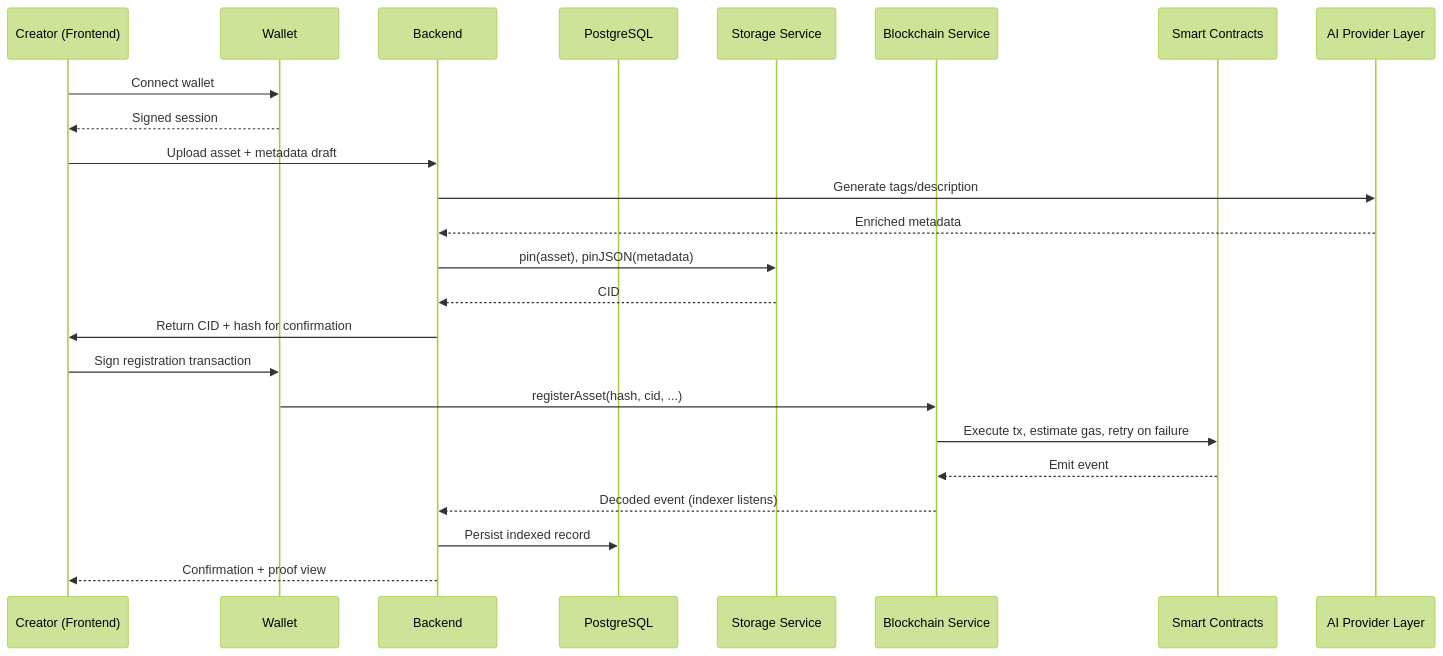
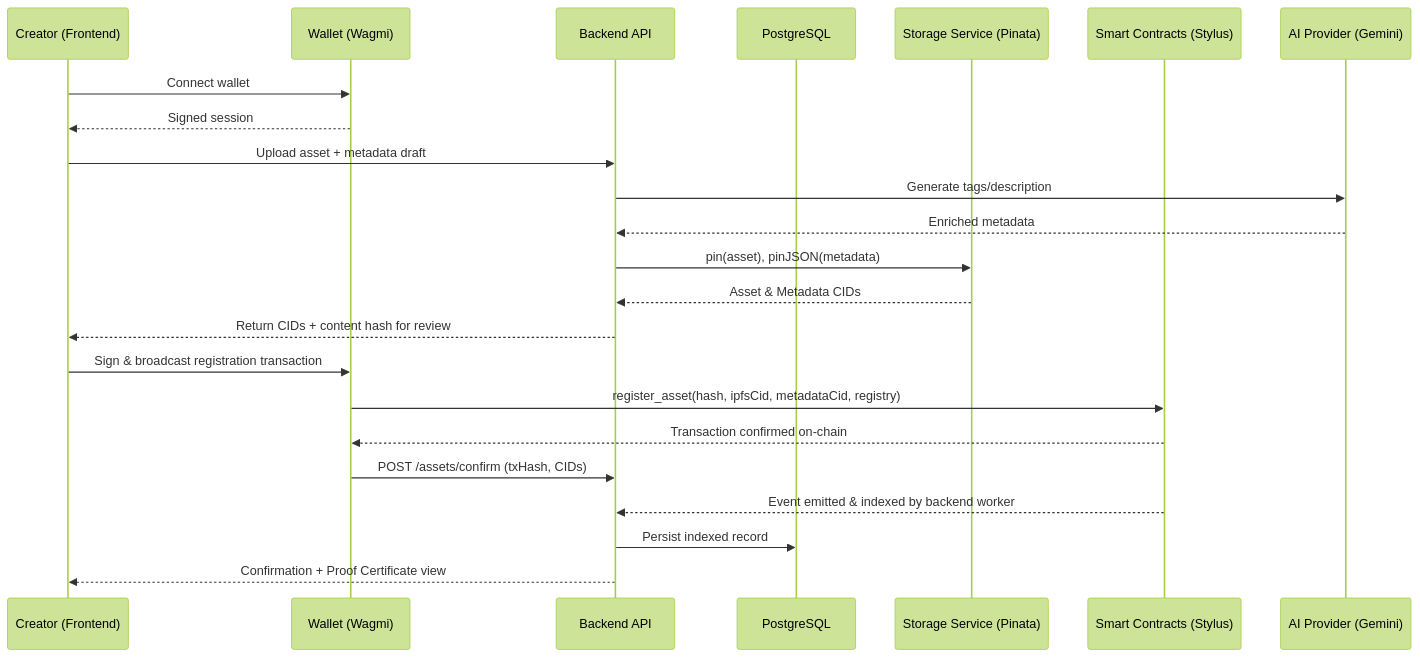
One commit to originchain-labs/originchain changed the second of 2 diagrams in docs/DEVELOPER_KICKOFF_BLUEPRINT.md. Above: the diagram before and after it, drawn with Mermaid (forest theme). The commit also changed other lines of this file and 9 other files, not shown here.

````diff
--- a/docs/DEVELOPER_KICKOFF_BLUEPRINT.md
+++ b/docs/DEVELOPER_KICKOFF_BLUEPRINT.md
@@ -99,27 +99,26 @@
 ```mermaid
 sequenceDiagram
     participant U as Creator (Frontend)
-    participant W as Wallet
-    participant B as Backend
+    participant W as Wallet (Wagmi)
+    participant B as Backend API
     participant DB as PostgreSQL
-    participant S as Storage Service
-    participant BS as Blockchain Service
-    participant C as Smart Contracts
-    participant AI as AI Provider Layer
+    participant S as Storage Service (Pinata)
+    participant C as Smart Contracts (Stylus)
+    participant AI as AI Provider (Gemini)
 
     U->>W: Connect wallet
     W-->>U: Signed session
     U->>B: Upload asset + metadata draft
     B->>AI: Generate tags/description
     AI-->>B: Enriched metadata
     B->>S: pin(asset), pinJSON(metadata)
-    S-->>B: CID
-    B->>U: Return CID + hash for confirmation
-    U->>W: Sign registration transaction
-    W->>BS: registerAsset(hash, cid, ...)
-    BS->>C: Execute tx, estimate gas, retry on failure
-    C-->>BS: Emit event
-    BS-->>B: Decoded event (indexer listens)
+    S-->>B: Asset & Metadata CIDs
+    B-->>U: Return CIDs + content hash for review
+    U->>W: Sign & broadcast registration transaction
+    W->>C: register_asset(hash, ipfsCid, metadataCid, registry)
+    C-->>W: Transaction confirmed on-chain
+    W->>B: POST /assets/confirm (txHash, CIDs)
+    C-->>B: Event emitted & indexed by backend worker
     B->>DB: Persist indexed record
-    B-->>U: Confirmation + proof view
+    B-->>U: Confirmation + Proof Certificate view
 ```
````
